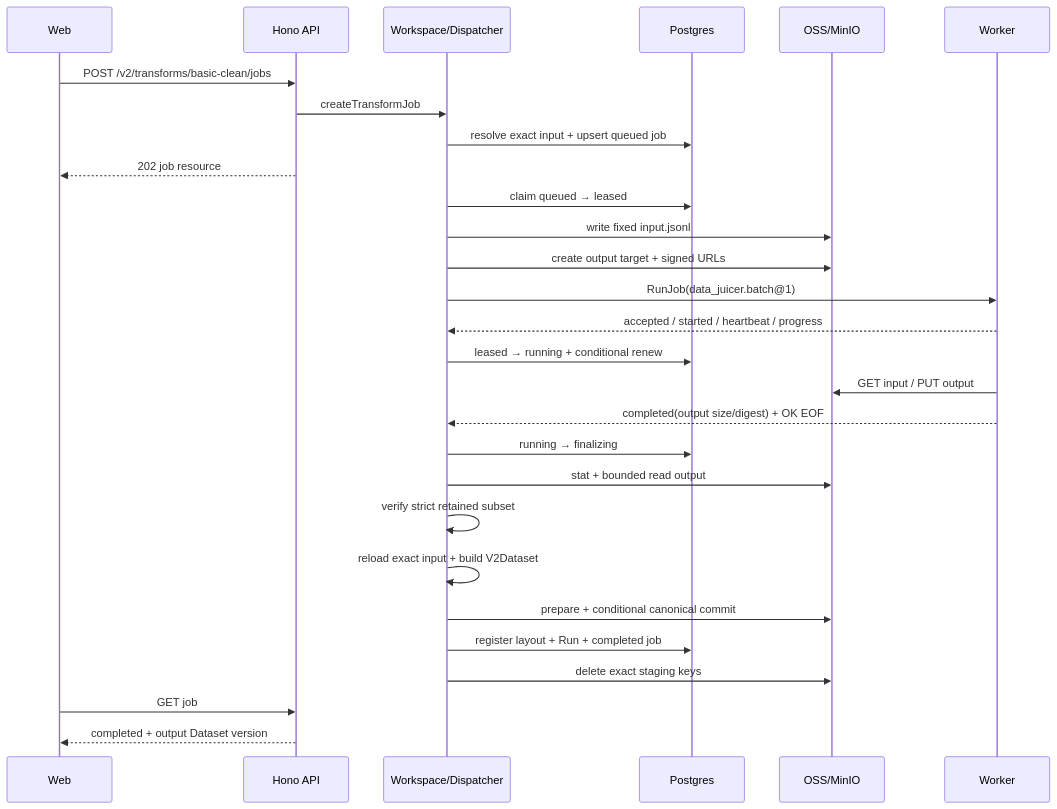
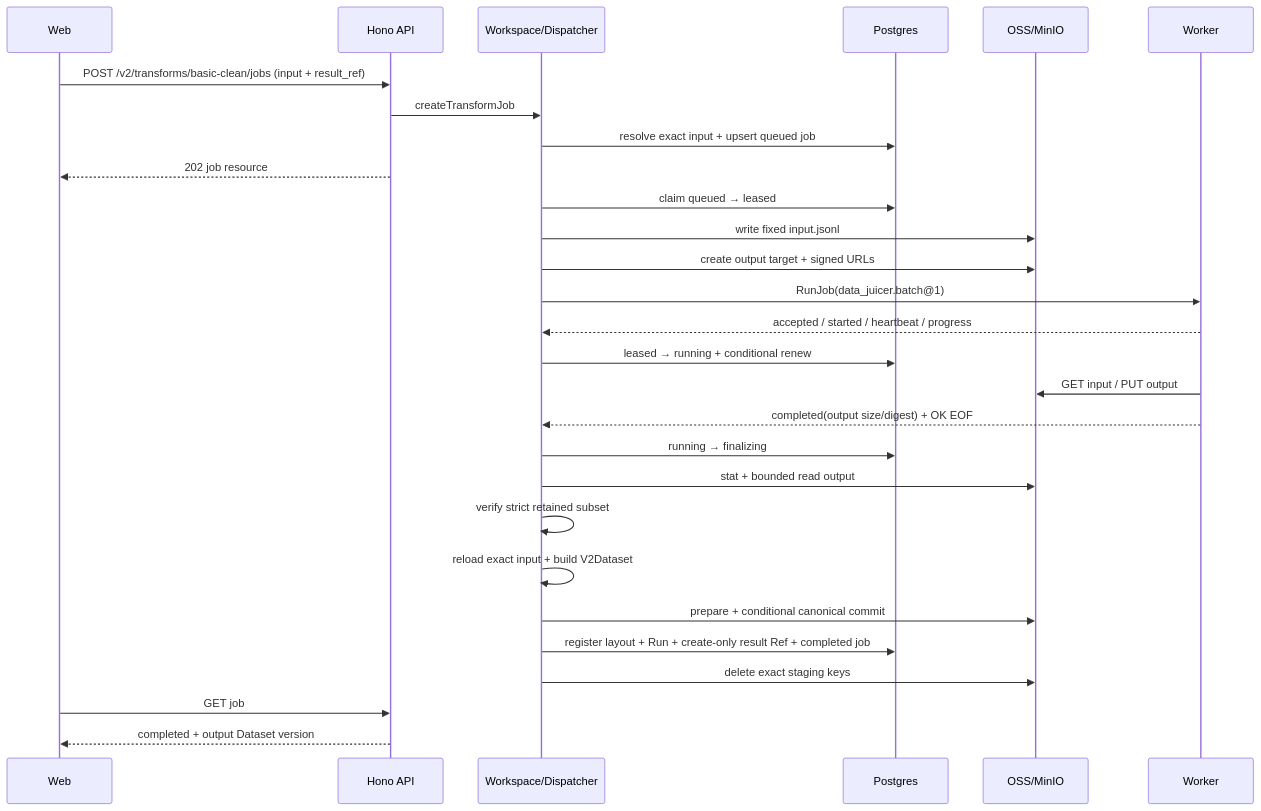
One commit to joezhoujinjing/databench changed the third of 3 diagrams in docs/processing/TECHNICAL_DESIGN.md. Above: the diagram before and after it, drawn with Mermaid. The commit also changed other lines of this file and 24 other files, not shown here.

Commit message:
feat(transforms): name and explain clean results

````diff
--- a/docs/processing/TECHNICAL_DESIGN.md
+++ b/docs/processing/TECHNICAL_DESIGN.md
@@ -658,32 +668,32 @@
 ```mermaid
 sequenceDiagram
   participant UI as Web
   participant API as Hono API
   participant WS as Workspace/Dispatcher
   participant DB as Postgres
   participant OS as OSS/MinIO
   participant PY as Worker
 
-  UI->>API: POST /v2/transforms/basic-clean/jobs
+  UI->>API: POST /v2/transforms/basic-clean/jobs (input + result_ref)
   API->>WS: createTransformJob
   WS->>DB: resolve exact input + upsert queued job
   API-->>UI: 202 job resource
 
   WS->>DB: claim queued → leased
   WS->>OS: write fixed input.jsonl
   WS->>OS: create output target + signed URLs
   WS->>PY: RunJob(data_juicer.batch@1)
   PY-->>WS: accepted / started / heartbeat / progress
   WS->>DB: leased → running + conditional renew
   PY->>OS: GET input / PUT output
   PY-->>WS: completed(output size/digest) + OK EOF
   WS->>DB: running → finalizing
   WS->>OS: stat + bounded read output
   WS->>WS: verify strict retained subset
   WS->>WS: reload exact input + build V2Dataset
   WS->>OS: prepare + conditional canonical commit
-  WS->>DB: register layout + Run + completed job
+  WS->>DB: register layout + Run + create-only result Ref + completed job
   WS->>OS: delete exact staging keys
   UI->>API: GET job
   API-->>UI: completed + output Dataset version
 ```
````
